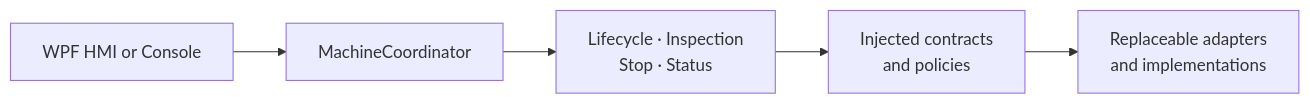
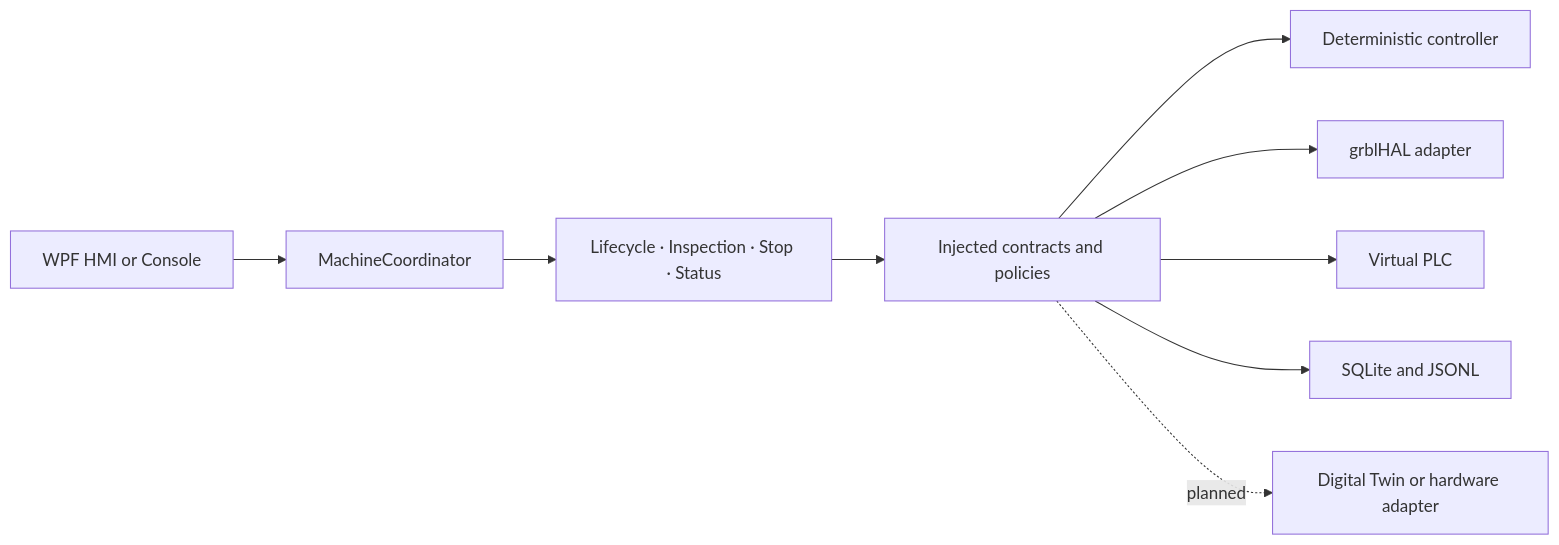
One commit to parthoece/multiaxis-motion-sim changed the second of 2 diagrams in README.md. Above: the diagram before and after it, drawn with Mermaid. The commit also changed other lines of this file and 40 other files, not shown here.

````diff
--- a/README.md
+++ b/README.md
@@ -188,13 +143,11 @@
 ```mermaid
 flowchart LR
-    UI[WPF HMI or Console]
-    COORD[MachineCoordinator]
-    SERVICES[Lifecycle · Inspection<br/>Stop · Status]
-    CONTRACTS[Injected contracts<br/>and policies]
-    ADAPTERS[Replaceable adapters<br/>and implementations]
-
-    UI --> COORD
-    COORD --> SERVICES
-    SERVICES --> CONTRACTS
-    CONTRACTS --> ADAPTERS
+    UI[WPF HMI or Console] --> COORD[MachineCoordinator]
+    COORD --> SERVICES[Lifecycle · Inspection · Stop · Status]
+    SERVICES --> CONTRACTS[Injected contracts and policies]
+    CONTRACTS --> SIM[Deterministic controller]
+    CONTRACTS --> GRBL[grblHAL adapter]
+    CONTRACTS --> IO[Virtual PLC]
+    CONTRACTS --> DATA[SQLite and JSONL]
+    CONTRACTS -. planned .-> EXT[Digital Twin or hardware adapter]
 ```
````
